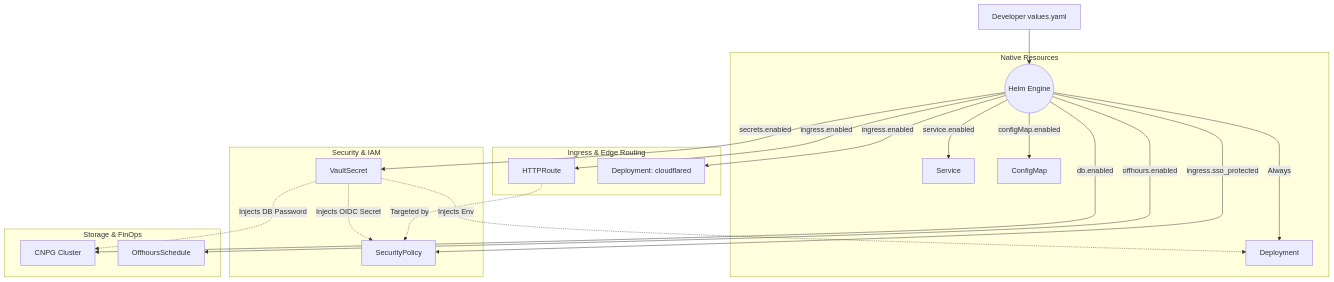
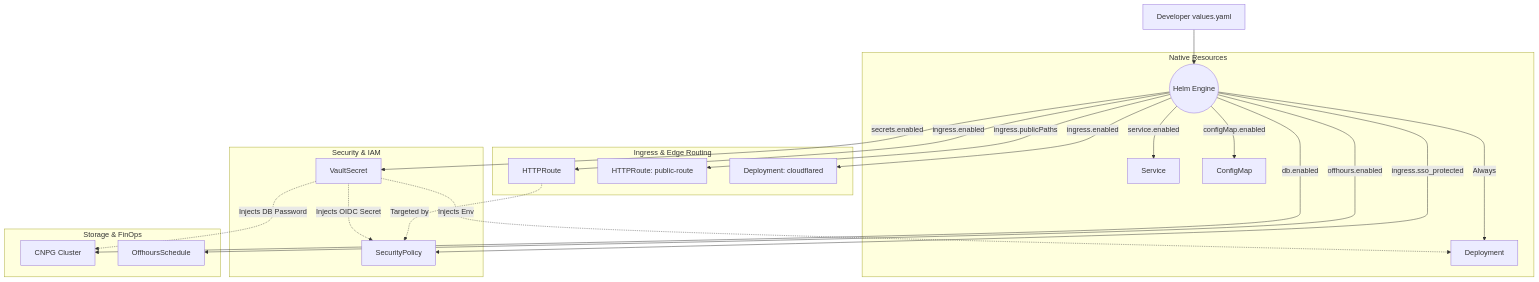
The first of 2 diagrams in docs/04-templates/02-helm-generic-chart.md (3-Istor/cnp-docs), drawn with Mermaid before and after one commit. The commit also changed other lines of this file and 2 other files, not shown here.

````diff
--- a/docs/04-templates/02-helm-generic-chart.md
+++ b/docs/04-templates/02-helm-generic-chart.md
@@ -14,31 +14,32 @@
 ```mermaid
 graph TD
     Values[Developer values.yaml] --> Helm((Helm Engine))
 
     subgraph Native Resources
         Helm -->|Always| Deploy[Deployment]
         Helm -->|service.enabled| Svc[Service]
         Helm -->|configMap.enabled| CM[ConfigMap]
     end
 
     subgraph Ingress & Edge Routing
         Helm -->|ingress.enabled| HRoute[HTTPRoute]
+        Helm -->|ingress.publicPaths| PRoute[HTTPRoute: public-route]
         Helm -->|ingress.enabled| CF[Deployment: cloudflared]
     end
 
     subgraph Security & IAM
         Helm -->|ingress.sso_protected| SecPol[SecurityPolicy]
         Helm -->|secrets.enabled| VS[VaultSecret]
     end
 
     subgraph Storage & FinOps
         Helm -->|db.enabled| CNPG[CNPG Cluster]
         Helm -->|offhours.enabled| Off[OffhoursSchedule]
     end
 
     %% Dependency Lines
     VS -.->|Injects Env| Deploy
     VS -.->|Injects OIDC Secret| SecPol
     VS -.->|Injects DB Password| CNPG
     HRoute -.->|Targeted by| SecPol
 ```
````
